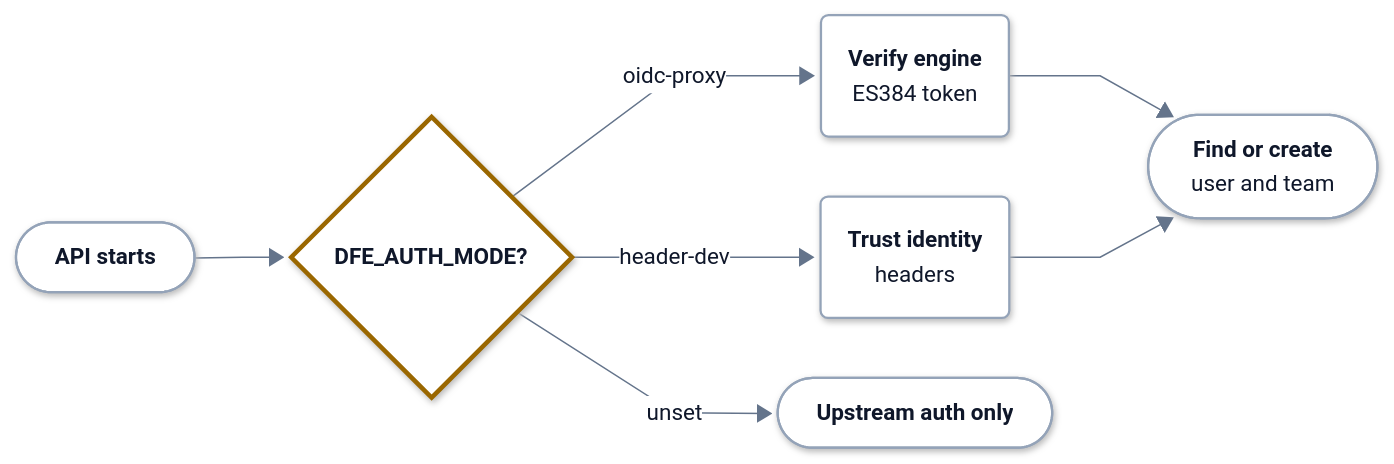
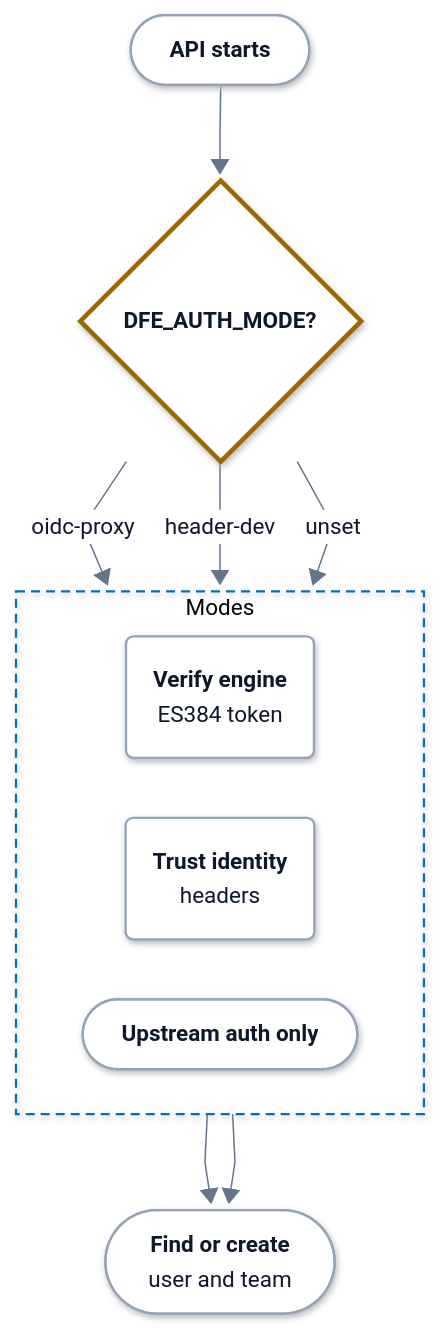
One commit to hyperi-io/dfe-hyperdx changed the second of 2 diagrams in docs/architecture/oidc-authentication.md. Above: the diagram before and after it, drawn with Mermaid. The commit also changed 15 other files, not shown here.

First line of the commit message:
docs(architecture): add the architecture page and fit every flowchart (#234)

````diff
--- a/docs/architecture/oidc-authentication.md
+++ b/docs/architecture/oidc-authentication.md
@@ -106,75 +106,79 @@
 ```mermaid
 ---
 config:
   theme: base
   look: neo
   fontFamily: Inter, -apple-system, Segoe UI, Roboto, Helvetica, Arial, sans-serif
   flowchart:
     curve: linear
     nodeSpacing: 40
     rankSpacing: 64
     padding: 18
     wrappingWidth: 280
     htmlLabels: true
   elk:
     preset: modelOrder
   themeVariables:
     fontSize: 15px
     lineColor: "#64748B"
     primaryTextColor: "#0F172A"
     clusterBorder: "#0072B2"
     edgeLabelBackground: "#FFFFFF"
   themeCSS: >-
     p{margin:0}
     .node[data-look] rect,.node[data-look] path,.node[data-look] polygon,.node[data-look] .outer-path{filter:drop-shadow(0 1px 2px rgba(15,23,42,.10)) drop-shadow(0 6px 14px rgba(15,23,42,.10))}
     .node rect{rx:10px;ry:10px}
     .cluster rect{rx:16px;ry:16px}
     .node .label div{min-width:150px}
     .node.decision .label div{min-width:0}
     .cluster[data-look] rect{filter:none}
     .nodeLabel{line-height:1.35}
     .nodeLabel b{font-weight:600;font-size:15px;letter-spacing:-0.01em}
     .nodeLabel span{font-size:12.5px;font-weight:400;color:#334155}
     .cluster-label span.nodeLabel{display:inline-block;background:#FFFFFF;color:#0B2A3F;border:1.5px solid #0072B2;border-radius:999px;padding:2px 12px;font-size:11.5px;font-weight:700;letter-spacing:.09em;text-transform:uppercase}
     .flowchart-link{stroke-width:1.75px}
     .labelBkg{background:transparent!important}
     span.edgeLabel{display:inline-block;background:#FFFFFF!important;color:#1E293B;border:1px solid #94A3B8;border-radius:999px;padding:2px 10px;font-size:12px;font-weight:500}
     span.edgeLabel p{background:transparent!important}
     .label-icon{width:20px;height:20px;vertical-align:-4px;margin-right:6px}
     .ingest .label-icon{color:#0E8A7D}
     .xform .label-icon{color:#7B4FB0}
     .load .label-icon{color:#0072B2}
     .bus .label-icon{color:#A8517F}
     .store .label-icon{color:#00785A}
     .ui .label-icon{color:#D9480F}
     .ext .label-icon{color:#64748B}
 ---
-flowchart LR
+flowchart TB
   accTitle: L4 Detail -- Identity mode
   accDescr: At start the API reads DFE_AUTH_MODE. oidc-proxy verifies the engine token, header-dev trusts identity headers unverified, and unset leaves upstream auth alone. Both DFE paths find or create the user and team.
   start(["<b>API starts</b>"])
   mode{"<b>DFE_AUTH_MODE?</b>"}
-  jwt("<b>Verify engine</b><br/><span>ES384 token</span>")
-  hdr("<b>Trust identity</b><br/><span>headers</span>")
-  off(["<b>Upstream auth only</b>"])
+  subgraph modes["Modes"]
+    direction LR
+    jwt("<b>Verify engine</b><br/><span>ES384 token</span>")
+    hdr("<b>Trust identity</b><br/><span>headers</span>")
+    off(["<b>Upstream auth only</b>"])
+  end
   resolve(["<b>Find or create</b><br/><span>user and team</span>"])
   start --> mode
   mode -->|oidc-proxy| jwt
   mode -->|header-dev| hdr
   mode -->|unset| off
   jwt --> resolve
   hdr --> resolve
+  class start,jwt,hdr,off,resolve part
+  class mode decision
   classDef ext fill:#F4F6F8,stroke:#94A3B8,stroke-width:1.5px,stroke-dasharray:5 4,color:#0F172A
   classDef ingest fill:#FFFFFF,stroke:#0E8A7D,stroke-width:3px,color:#0F172A
   classDef xform fill:#FFFFFF,stroke:#7B4FB0,stroke-width:3px,color:#0F172A
   classDef load fill:#FFFFFF,stroke:#0072B2,stroke-width:3px,color:#0F172A
   classDef bus fill:#FFFFFF,stroke:#A8517F,stroke-width:3px,color:#0F172A
   classDef store fill:#FFFFFF,stroke:#00785A,stroke-width:3px,color:#0F172A
   classDef ui fill:#FFFFFF,stroke:#D9480F,stroke-width:3px,color:#0F172A
   classDef decision fill:#FFFFFF,stroke:#9A6700,stroke-width:3px,color:#0F172A
   classDef error fill:#FFFFFF,stroke:#C2410C,stroke-width:3px,color:#0F172A
   classDef control fill:#FFFFFF,stroke:#334155,stroke-width:3px,color:#0F172A
   classDef part fill:#FFFFFF,stroke:#94A3B8,stroke-width:1.5px,color:#0F172A
-  class start,jwt,hdr,off,resolve part
-  class mode decision
+  style modes fill:none,stroke:#0072B2,stroke-width:1.5px,stroke-dasharray:6 4
 ```
````
